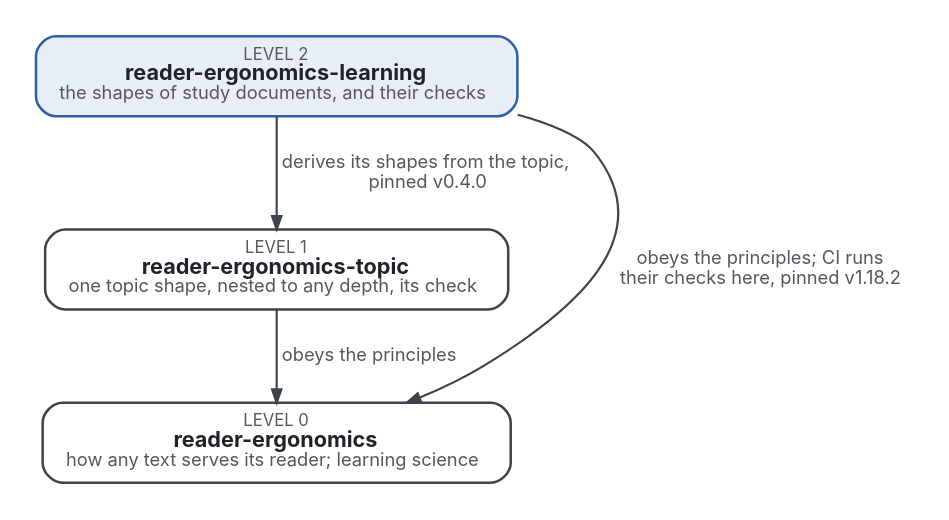
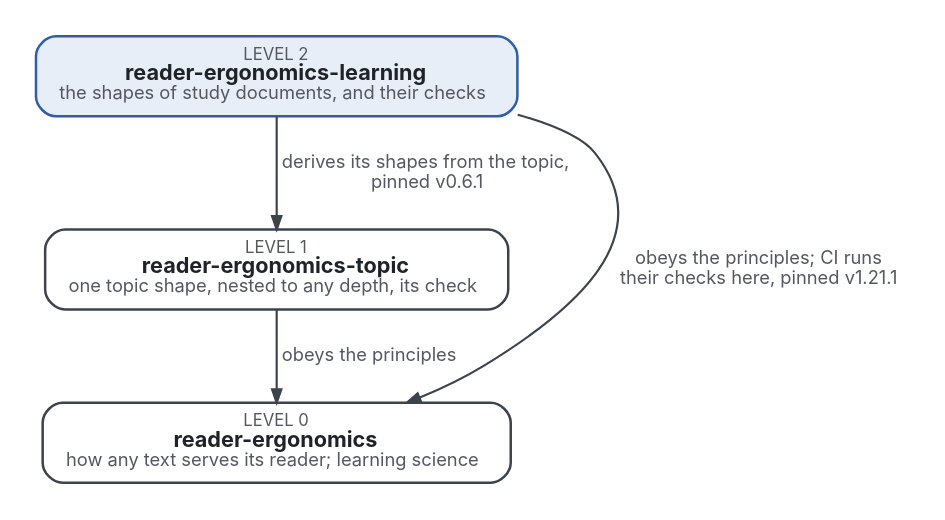
The diagram in where-it-sits.dot (Tewf/reader-ergonomics-learning), drawn with Graphviz before and after one commit. The commit also changed 26 other files, not shown here.

```diff
--- a/where-it-sits.dot
+++ b/where-it-sits.dot
@@ -1,11 +1,11 @@
 digraph levels {
   graph [rankdir=TB, nodesep=0.6, ranksep=0.6, bgcolor="white", pad=0.2, fontname="Inter"];
   node  [shape=box, style="rounded,filled", fontname="Inter", fontsize=13, margin="0.2,0.1", penwidth=1.5, fontcolor="#1F2328"];
   edge  [fontname="Inter", fontsize=11, color="#3D434B", fontcolor="#55575F", penwidth=1.3, arrowsize=0.8];
   L [label=<<font point-size="10" color="#55575F">LEVEL 2</font><br/><b>reader-ergonomics-learning</b><br/><font point-size="11" color="#55575F">the shapes of study documents, and their checks</font>>, fillcolor="#E8EEF8", color="#2F5DA8"];
   T [label=<<font point-size="10" color="#55575F">LEVEL 1</font><br/><b>reader-ergonomics-topic</b><br/><font point-size="11" color="#55575F">one topic shape, nested to any depth, its check</font>>, fillcolor="#FFFFFF", color="#3D434B"];
   R [label=<<font point-size="10" color="#55575F">LEVEL 0</font><br/><b>reader-ergonomics</b><br/><font point-size="11" color="#55575F">how any text serves its reader; learning science</font>>, fillcolor="#FFFFFF", color="#3D434B"];
-  L -> T [label=<  derives its shapes from the topic,<br/>  pinned v0.4.0>];
+  L -> T [label=<  derives its shapes from the topic,<br/>  pinned v0.6.1>];
   T -> R [label=<  obeys the principles>];
-  L -> R [label=<  obeys the principles; CI runs<br/>  their checks here, pinned v1.18.2>, constraint=false];
+  L -> R [label=<  obeys the principles; CI runs<br/>  their checks here, pinned v1.21.1>, constraint=false];
 }
```
